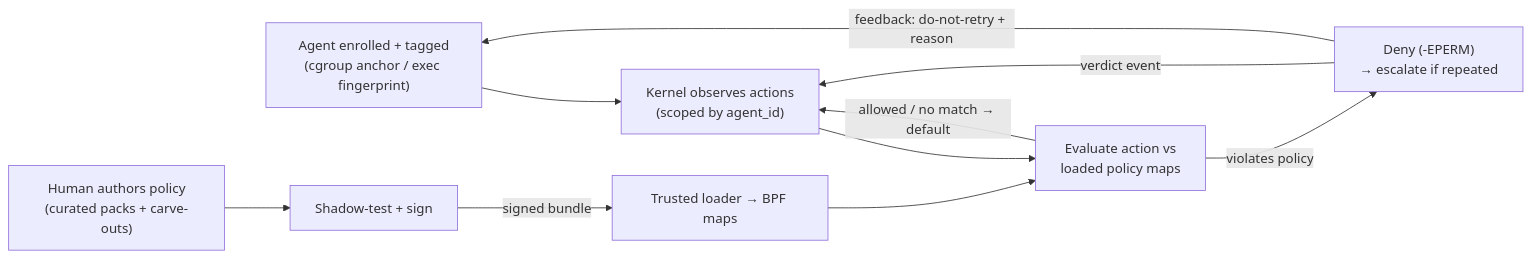
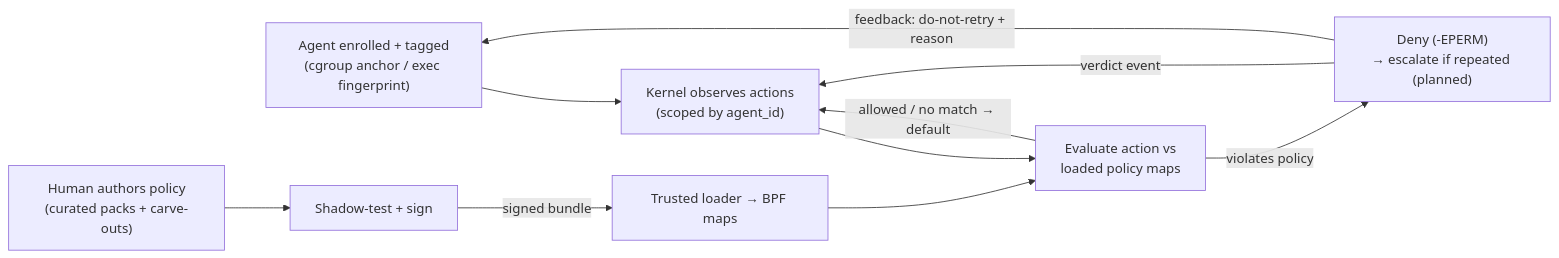
One commit to gr8pr1/ai-agent-validator changed the second of 3 diagrams in architecture.md. Above: the diagram before and after it, drawn with Mermaid. The commit also changed other lines of this file and 1 other file, not shown here.

First line of the commit message:
docs: resolve architectural decisions D2-D3, D5-D6 in §12

````diff
--- a/architecture.md
+++ b/architecture.md
@@ -322,11 +334,11 @@
 ```mermaid
 flowchart LR
     A["Agent enrolled + tagged\n(cgroup anchor / exec fingerprint)"] --> B["Kernel observes actions\n(scoped by agent_id)"]
     B --> C["Evaluate action vs\nloaded policy maps"]
     C -->|"allowed / no match → default"| B
-    C -->|"violates policy"| G["Deny (-EPERM)\n→ escalate if repeated"]
+    C -->|"violates policy"| G["Deny (-EPERM)\n→ escalate if repeated (planned)"]
     G -->|"verdict event"| B
     G -->|"feedback: do-not-retry + reason"| A
     P["Human authors policy\n(curated packs + carve-outs)"] --> S["Shadow-test + sign"]
     S -->|"signed bundle"| L["Trusted loader → BPF maps"] --> C
 ```
````
